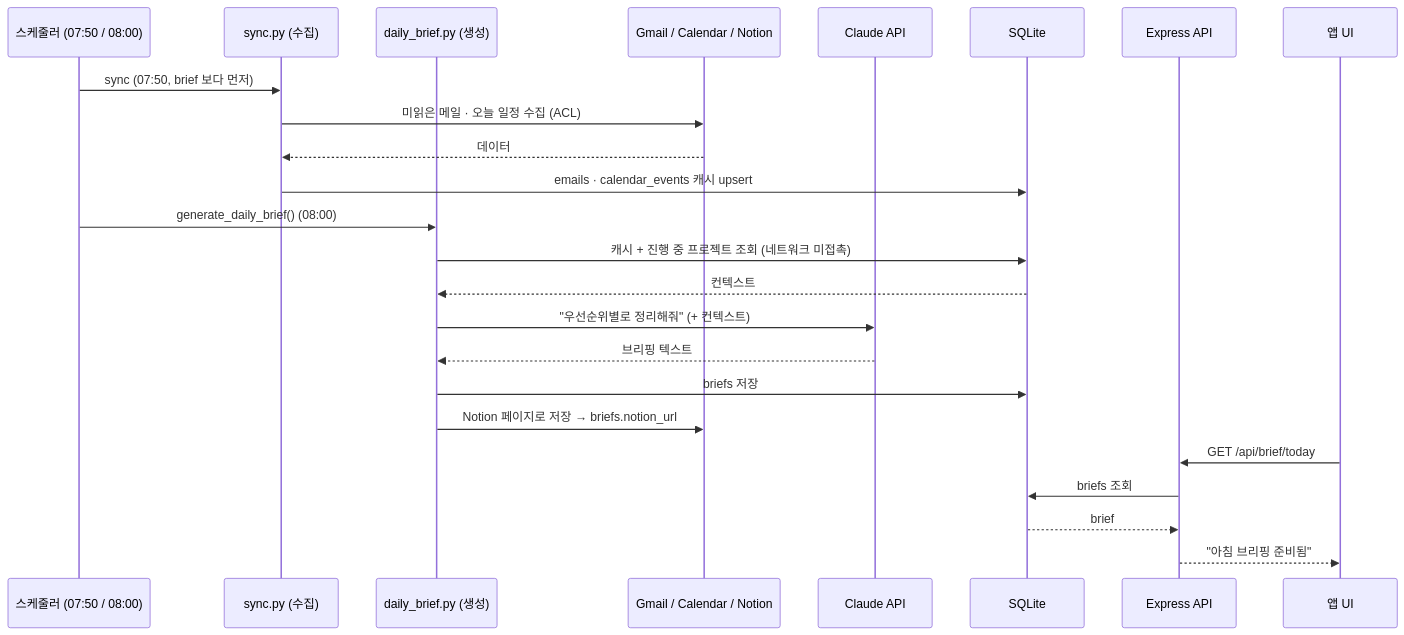
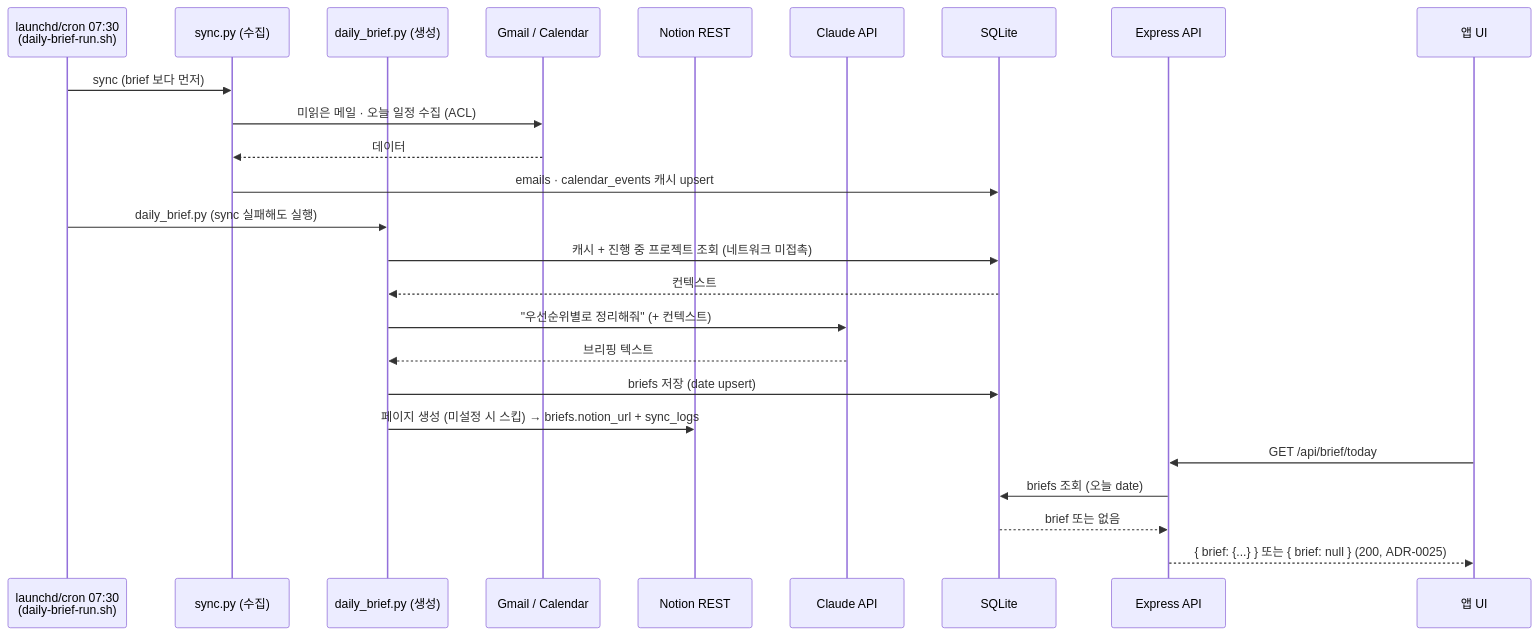
The second of 6 diagrams in docs/product/architecture/ARCHITECTURE.md (gamercross/my-setup-proj), drawn with Mermaid before and after one commit. The commit also changed other lines of this file and 17 other files, not shown here.

First line of the commit message:
docs: Phase D3 정합 — ADR-0025 + 404→200/null + AUTOMATION §3.5

````diff
--- a/docs/product/architecture/ARCHITECTURE.md
+++ b/docs/product/architecture/ARCHITECTURE.md
@@ -207,27 +208,28 @@
 ```mermaid
 sequenceDiagram
-  participant SCH as 스케줄러 (07:50 / 08:00)
+  participant SCH as launchd/cron 07:30<br/>(daily-brief-run.sh)
   participant SY as sync.py (수집)
   participant AG as daily_brief.py (생성)
-  participant EXT as Gmail / Calendar / Notion
+  participant EXT as Gmail / Calendar
+  participant NO as Notion REST
   participant CL as Claude API
   participant DB as SQLite
   participant API as Express API
   participant UI as 앱 UI
 
-  SCH->>SY: sync (07:50, brief 보다 먼저)
+  SCH->>SY: sync (brief 보다 먼저)
   SY->>EXT: 미읽은 메일 · 오늘 일정 수집 (ACL)
   EXT-->>SY: 데이터
   SY->>DB: emails · calendar_events 캐시 upsert
-  SCH->>AG: generate_daily_brief() (08:00)
+  SCH->>AG: daily_brief.py (sync 실패해도 실행)
   AG->>DB: 캐시 + 진행 중 프로젝트 조회 (네트워크 미접촉)
   DB-->>AG: 컨텍스트
   AG->>CL: "우선순위별로 정리해줘" (+ 컨텍스트)
   CL-->>AG: 브리핑 텍스트
-  AG->>DB: briefs 저장
-  AG->>EXT: Notion 페이지로 저장 → briefs.notion_url
+  AG->>DB: briefs 저장 (date upsert)
+  AG->>NO: 페이지 생성 (미설정 시 스킵) → briefs.notion_url + sync_logs
   UI->>API: GET /api/brief/today
-  API->>DB: briefs 조회
-  DB-->>API: brief
-  API-->>UI: "아침 브리핑 준비됨"
+  API->>DB: briefs 조회 (오늘 date)
+  DB-->>API: brief 또는 없음
+  API-->>UI: { brief: {...} } 또는 { brief: null } (200, ADR-0025)
 ```
````
